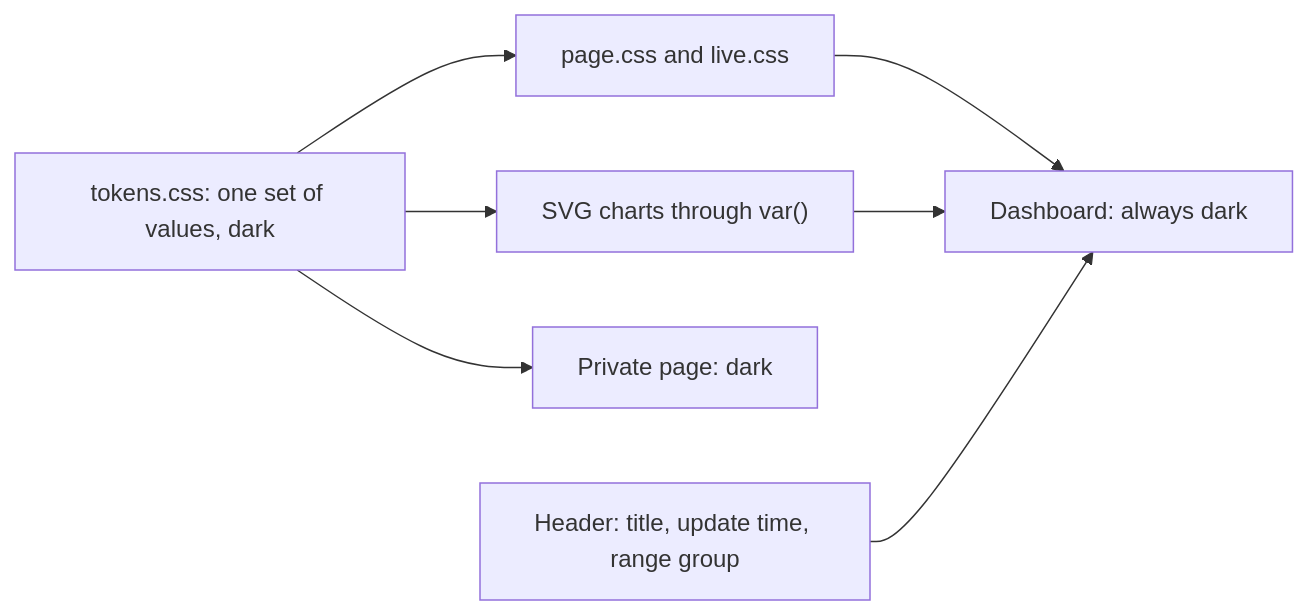
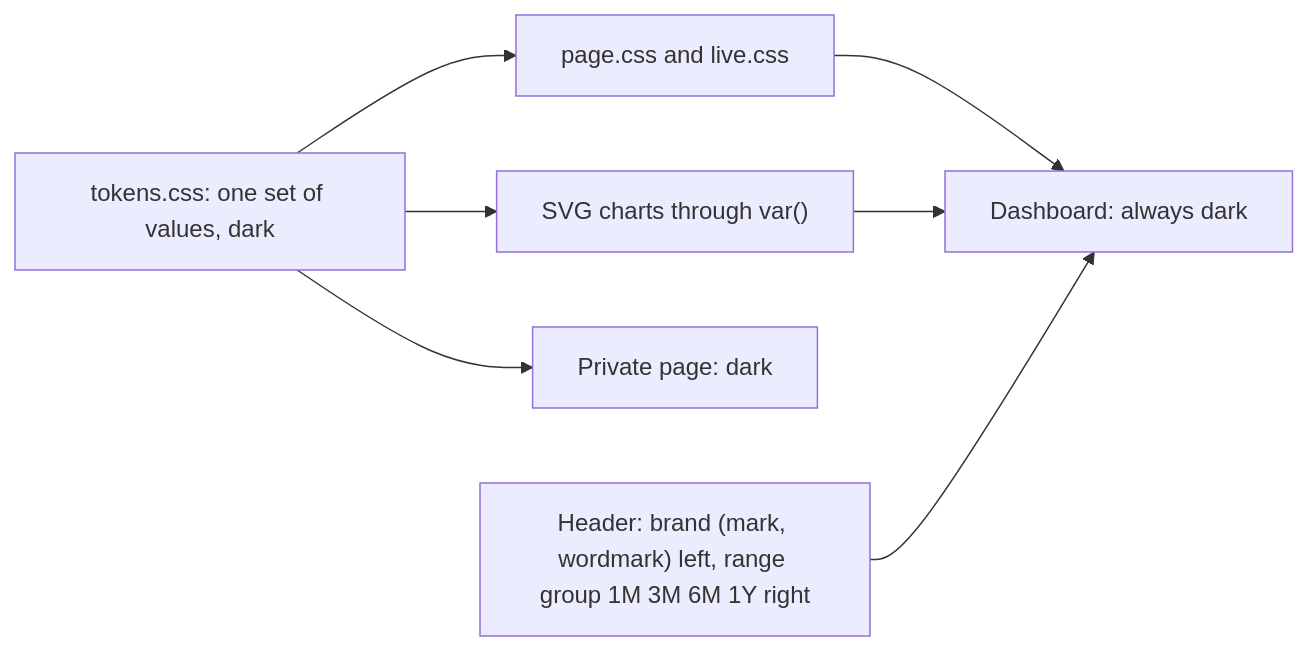
Before and after one commit to desek/agentloupe: the first of 6 diagrams in docs/cr/CR-0020-light-mode.md, drawn with Mermaid. The commit also changed other lines of this file, not shown here.

Commit message:
docs(cr): CR-0020 light mode fitted to the new header and approved after two review passes

````diff
--- a/docs/cr/CR-0020-light-mode.md
+++ b/docs/cr/CR-0020-light-mode.md
@@ -48,9 +48,9 @@
 ```mermaid
 flowchart LR
   T["tokens.css: one set of values, dark"] --> P["page.css and live.css"]
   T --> S["SVG charts through var()"]
   P --> D["Dashboard: always dark"]
   S --> D
   T --> R["Private page: dark"]
-  H["Header: title, update time, range group"] --> D
+  H["Header: brand (mark, wordmark) left, range group 1M 3M 6M 1Y right"] --> D
 ```
````
